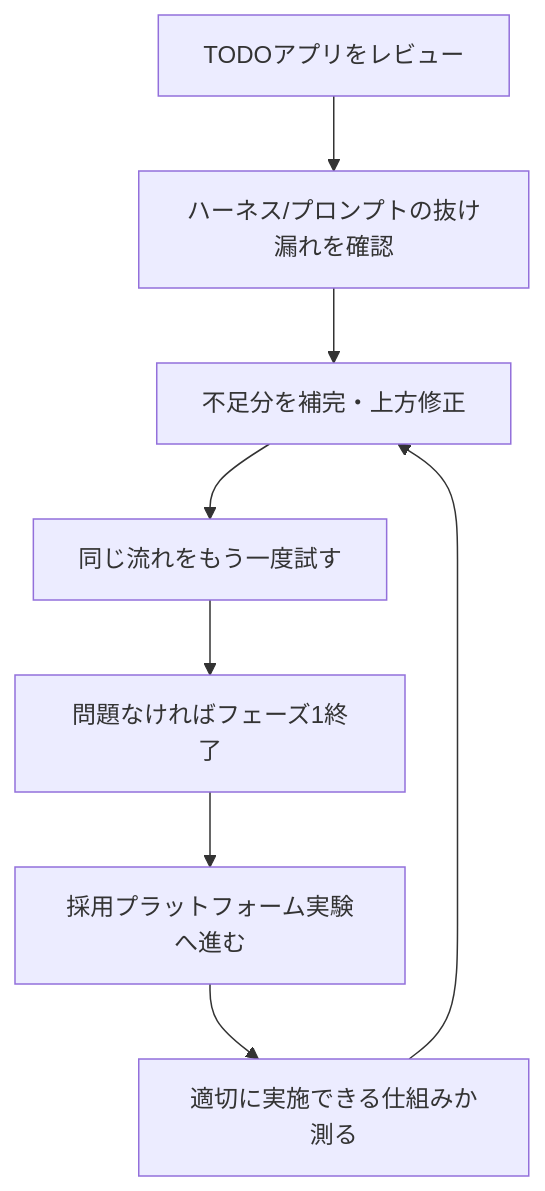
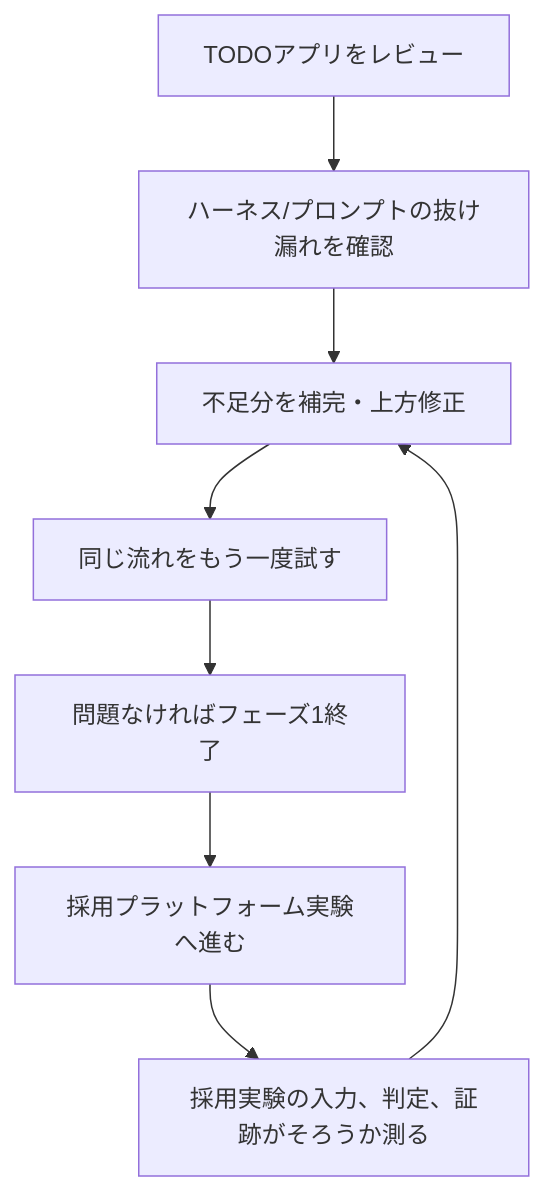
Before and after one commit to schro-cat-dev/torisetsu: the diagram in internal_refs/ai_experiment_scopes/phase_plan/README.md, drawn with Mermaid. The commit also changed 93 other files, not shown here.

````diff
--- a/internal_refs/ai_experiment_scopes/phase_plan/README.md
+++ b/internal_refs/ai_experiment_scopes/phase_plan/README.md
@@ -9,10 +9,10 @@
 ```mermaid
 flowchart TD
   TodoReview["TODOアプリをレビュー"] --> Gap["ハーネス/プロンプトの抜け漏れを確認"]
   Gap --> Improve["不足分を補完・上方修正"]
   Improve --> Repeat["同じ流れをもう一度試す"]
   Repeat --> Phase1Done["問題なければフェーズ1終了"]
   Phase1Done --> Recruiting["採用プラットフォーム実験へ進む"]
-  Recruiting --> Measure["適切に実施できる仕組みか測る"]
+  Recruiting --> Measure["採用実験の入力、判定、証跡がそろうか測る"]
   Measure --> Improve
 ```
````
